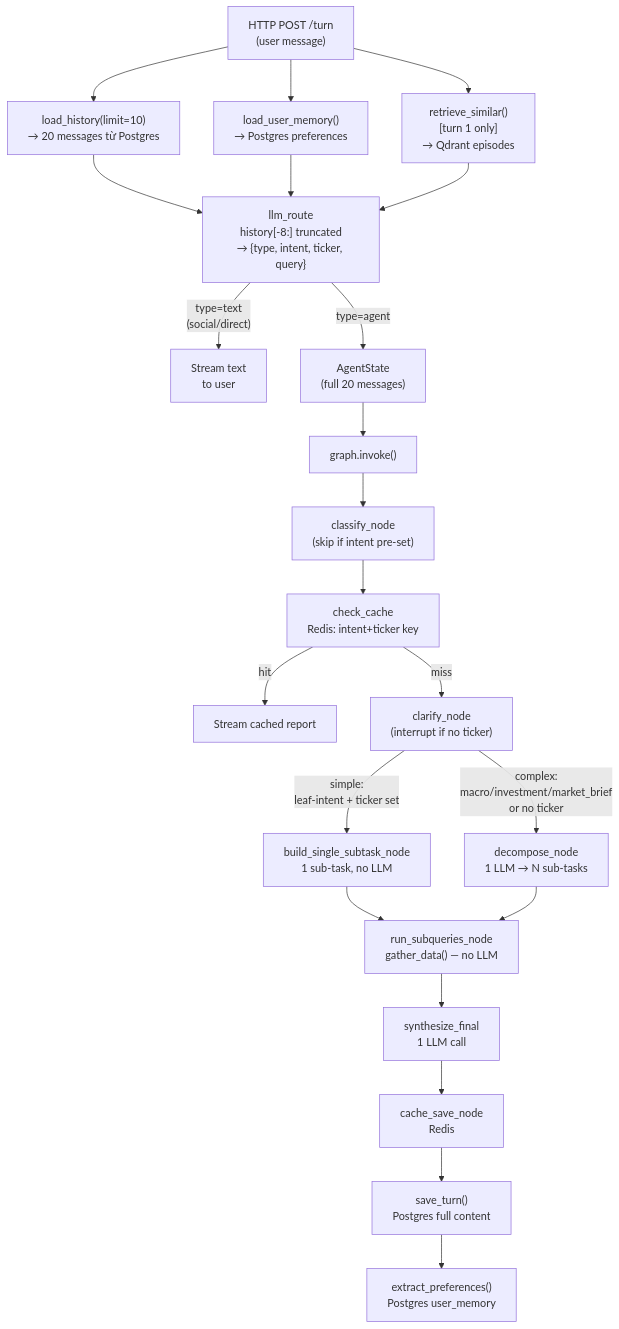
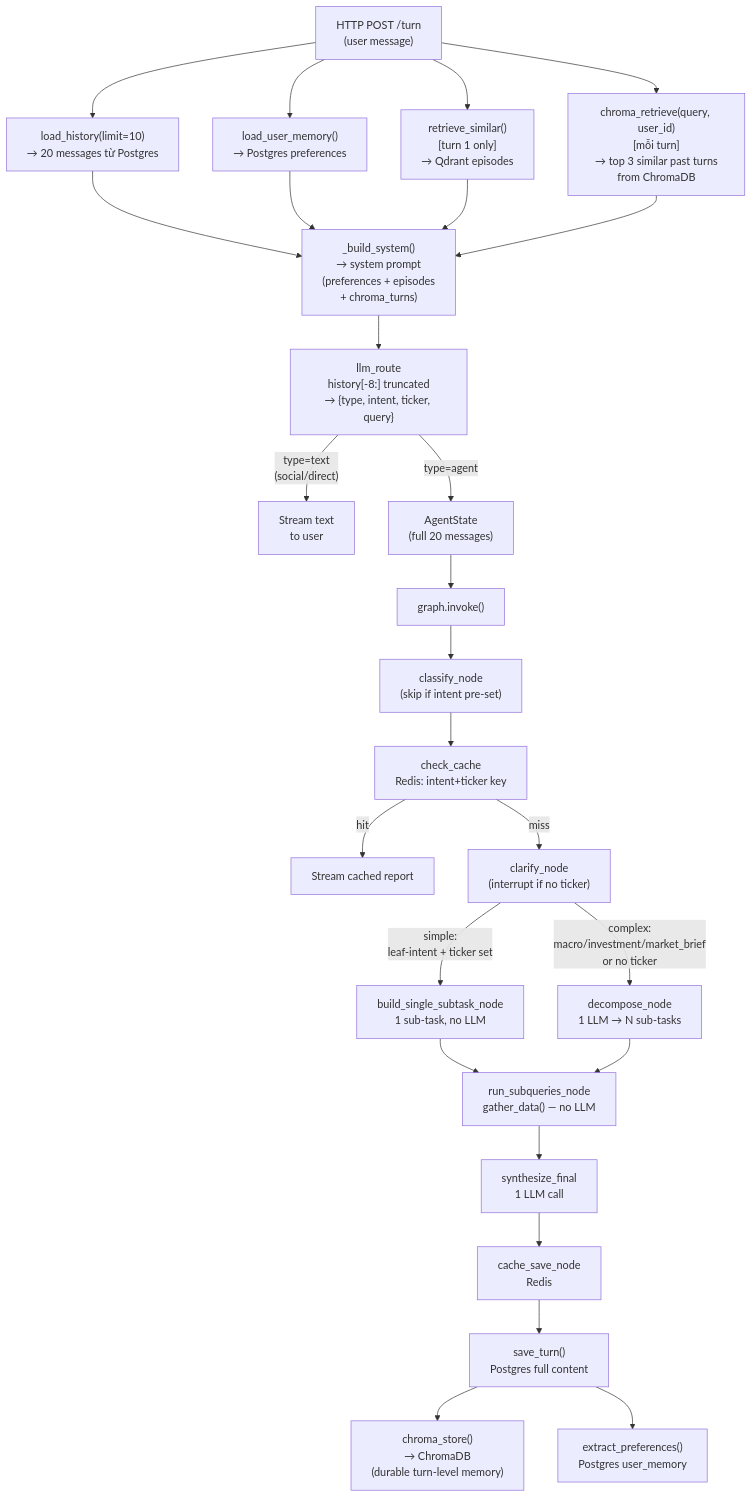
Before and after one commit to daominh6879/vn-market-analysis-agent: the third of 3 diagrams in docs/conversation-context-flow.md, drawn with Mermaid. The commit also changed other lines of this file and 7 other files, not shown here.

First line of the commit message:
feat(memory): hybrid memory agent — ChromaDB turn-level context

````diff
--- a/docs/conversation-context-flow.md
+++ b/docs/conversation-context-flow.md
@@ -210,31 +246,35 @@
 ```mermaid
 flowchart TD
     HTTP["HTTP POST /turn\n(user message)"]
 
     HTTP --> LOAD["load_history(limit=10)\n→ 20 messages từ Postgres"]
     HTTP --> MEM["load_user_memory()\n→ Postgres preferences"]
     HTTP --> EPI["retrieve_similar()\n[turn 1 only]\n→ Qdrant episodes"]
+    HTTP --> CHR["chroma_retrieve(query, user_id)\n[mỗi turn]\n→ top 3 similar past turns\nfrom ChromaDB"]
 
-    LOAD & MEM & EPI --> ROUTE["llm_route\nhistory[-8:] truncated\n→ {type, intent, ticker, query}"]
+    LOAD & MEM & EPI & CHR --> SYS["_build_system()\n→ system prompt\n(preferences + episodes\n+ chroma_turns)"]
+
+    SYS --> ROUTE["llm_route\nhistory[-8:] truncated\n→ {type, intent, ticker, query}"]
 
     ROUTE -->|"type=text\n(social/direct)"| STREAM["Stream text\nto user"]
 
     ROUTE -->|"type=agent"| STATE["AgentState\n(full 20 messages)"]
 
     STATE --> GRAPH["graph.invoke()"]
 
     GRAPH --> CN["classify_node\n(skip if intent pre-set)"]
     CN --> CC["check_cache\nRedis: intent+ticker key"]
     CC -->|hit| CACHED["Stream cached report"]
     CC -->|miss| CL2["clarify_node\n(interrupt if no ticker)"]
 
     CL2 -->|"simple:\nleaf-intent + ticker set"| FAST["build_single_subtask_node\n1 sub-task, no LLM"]
     CL2 -->|"complex:\nmacro/investment/market_brief\nor no ticker"| DEC["decompose_node\n1 LLM → N sub-tasks"]
 
     FAST & DEC --> RSQ["run_subqueries_node\ngather_data() — no LLM"]
     RSQ --> SYN["synthesize_final\n1 LLM call"]
     SYN --> SAVE["cache_save_node\nRedis"]
 
     SAVE --> PERSIST["save_turn()\nPostgres full content"]
+    PERSIST --> CHRS["chroma_store()\n→ ChromaDB\n(durable turn-level memory)"]
     PERSIST --> PREF["extract_preferences()\nPostgres user_memory"]
 ```
````
